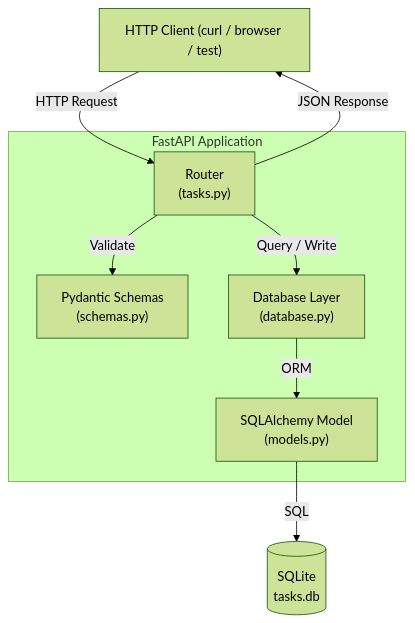
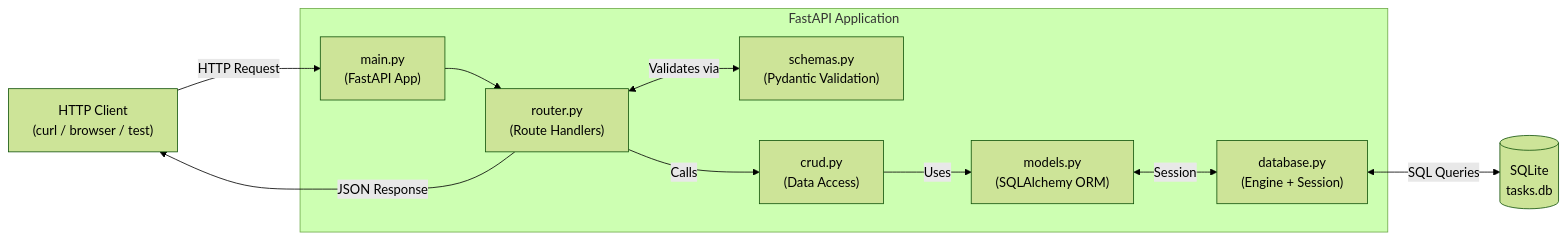
One commit to poojasaini11291/ps_capstone_claude changed the diagram in docs/plans/architecture.md. Above: the diagram before and after it, drawn with Mermaid (forest theme). The commit also changed other lines of this file and 17 other files, not shown here.

````diff
--- a/docs/plans/architecture.md
+++ b/docs/plans/architecture.md
@@ -21,20 +175,24 @@
 ```mermaid
-graph TD
-    Client["HTTP Client (curl / browser / test)"]
+flowchart LR
+    Client["HTTP Client\n(curl / browser / test)"]
 
     subgraph FastAPI Application
-        Router["Router\n(tasks.py)"]
-        Schemas["Pydantic Schemas\n(schemas.py)"]
-        DB["Database Layer\n(database.py)"]
-        Models["SQLAlchemy Model\n(models.py)"]
+        App["main.py\n(FastAPI App)"]
+        Router["router.py\n(Route Handlers)"]
+        Schemas["schemas.py\n(Pydantic Validation)"]
+        CRUD["crud.py\n(Data Access)"]
+        Models["models.py\n(SQLAlchemy ORM)"]
+        DB_Layer["database.py\n(Engine + Session)"]
     end
 
     SQLite[("SQLite\ntasks.db")]
 
-    Client -->|HTTP Request| Router
-    Router -->|Validate| Schemas
-    Router -->|Query / Write| DB
-    DB -->|ORM| Models
-    Models -->|SQL| SQLite
+    Client -->|HTTP Request| App
+    App --> Router
+    Router <-->|Validates via| Schemas
+    Router -->|Calls| CRUD
+    CRUD -->|Uses| Models
+    Models <-->|Session| DB_Layer
+    DB_Layer <-->|SQL Queries| SQLite
     Router -->|JSON Response| Client
 ```
````
